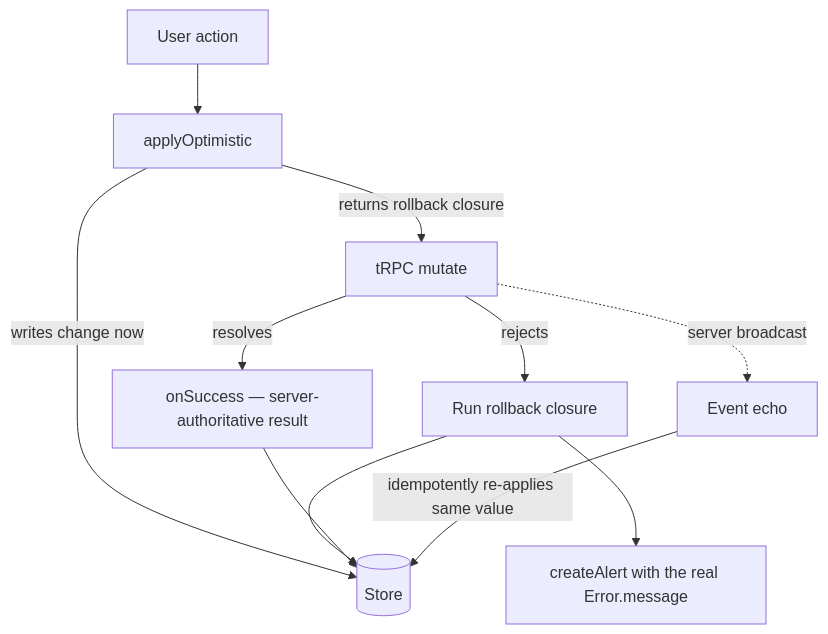
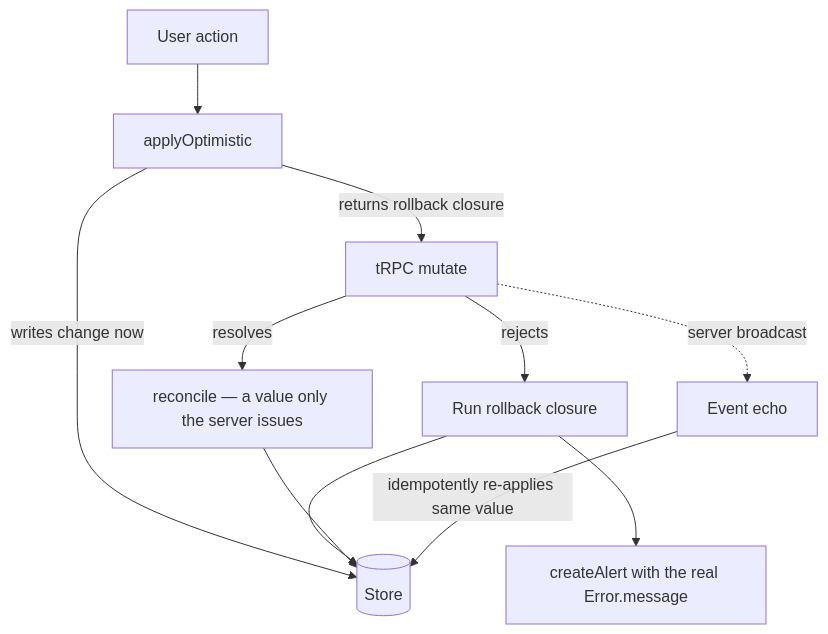
The first of 2 diagrams in openspec/specs/architecture/client-data/design.md (Esposter/Esposter), drawn with Mermaid before and after one commit. The commit also changed other lines of this file and 316 other files, not shown here.

````diff
--- a/openspec/specs/architecture/client-data/design.md
+++ b/openspec/specs/architecture/client-data/design.md
@@ -75,13 +86,13 @@
 ```mermaid
 flowchart TD
   Action[User action] --> Apply[applyOptimistic]
   Apply -->|writes change now| Store[(Store)]
   Apply -->|returns rollback closure| Mutate[tRPC mutate]
   Mutate -->|rejects| Rollback[Run rollback closure]
-  Mutate -->|resolves| Success[onSuccess — server-authoritative result]
+  Mutate -->|resolves| Success[reconcile — a value only the server issues]
   Rollback --> Store
   Rollback --> Alert[createAlert with the real Error.message]
   Success --> Store
   Mutate -.->|server broadcast| Echo[Event echo]
   Echo -->|idempotently re-applies same value| Store
 ```
````
